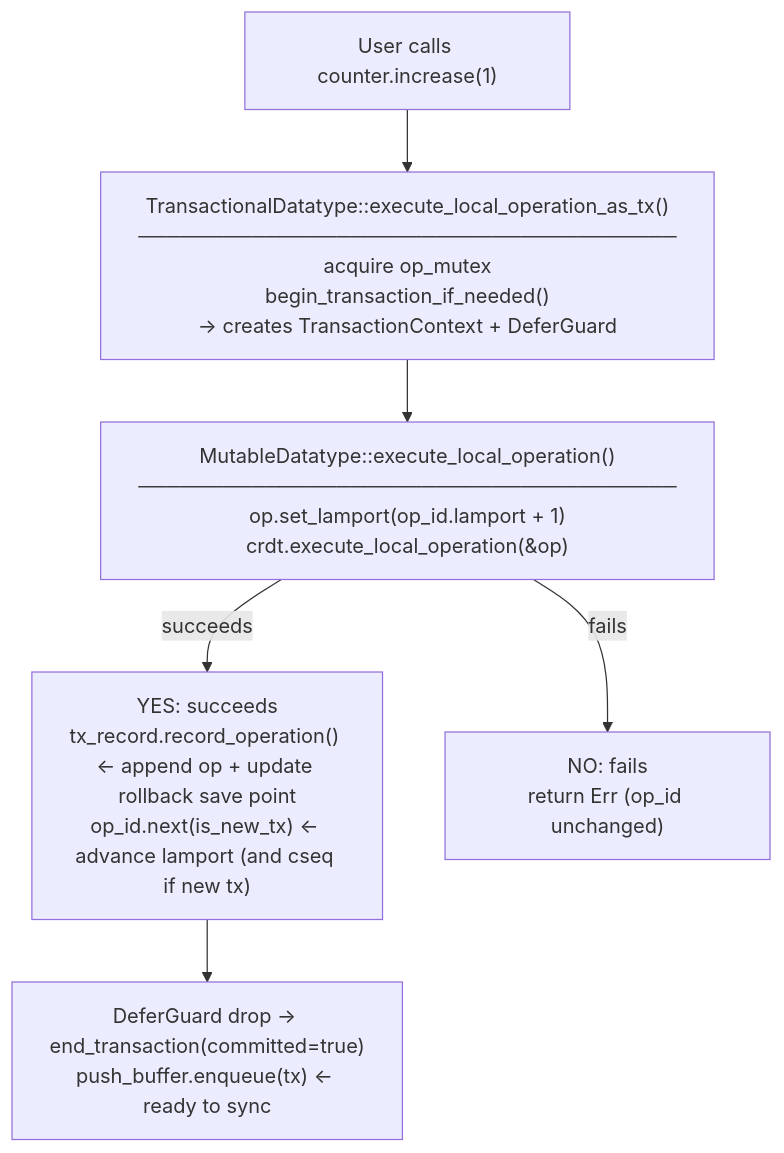
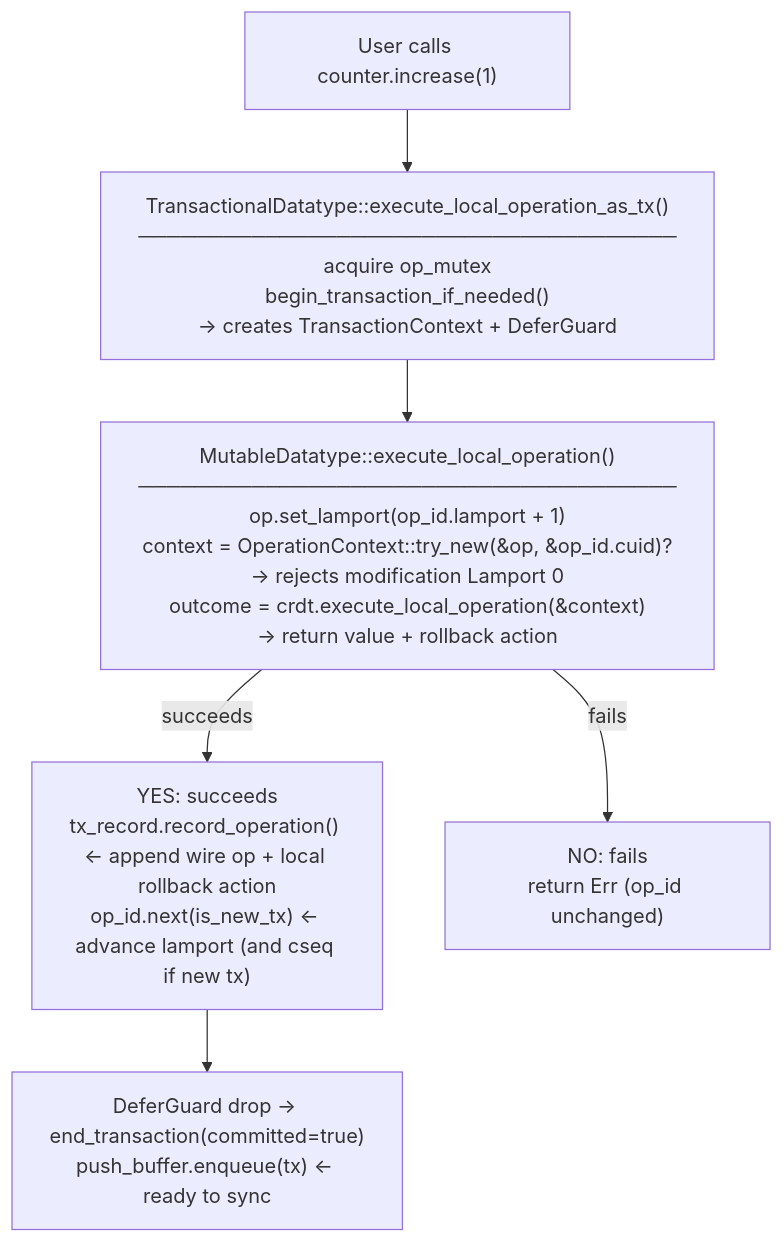
Before and after one commit to qortoo/qortoo-rs: the third of 4 diagrams in docs/architecture.md, drawn with Mermaid. The commit also changed other lines of this file and 44 other files, not shown here.

````diff
--- a/docs/architecture.md
+++ b/docs/architecture.md
@@ -67,13 +67,13 @@
 ```mermaid
 flowchart TD
     User["User calls counter.increase(1)"]
     TX["TransactionalDatatype::execute_local_operation_as_tx()\n──────────────────────────────────────\nacquire op_mutex\nbegin_transaction_if_needed()\n→ creates TransactionContext + DeferGuard"]
-    MU["MutableDatatype::execute_local_operation()\n──────────────────────────────────────\nop.set_lamport(op_id.lamport + 1)\ncrdt.execute_local_operation(&op)"]
-    Ok["YES: succeeds\ntx_record.record_operation() ← append op + update rollback save point\nop_id.next(is_new_tx) ← advance lamport (and cseq if new tx)"]
+    MU["MutableDatatype::execute_local_operation()\n──────────────────────────────────────\nop.set_lamport(op_id.lamport + 1)\ncontext = OperationContext::try_new(&op, &op_id.cuid)?\n→ rejects modification Lamport 0\noutcome = crdt.execute_local_operation(&context)\n→ return value + rollback action"]
+    Ok["YES: succeeds\ntx_record.record_operation() ← append wire op + local rollback action\nop_id.next(is_new_tx) ← advance lamport (and cseq if new tx)"]
     Err["NO: fails\nreturn Err (op_id unchanged)"]
     Defer["DeferGuard drop → end_transaction(committed=true)\npush_buffer.enqueue(tx) ← ready to sync"]
 
     User --> TX --> MU
     MU -->|"succeeds"| Ok --> Defer
     MU -->|"fails"| Err
 ```
````
